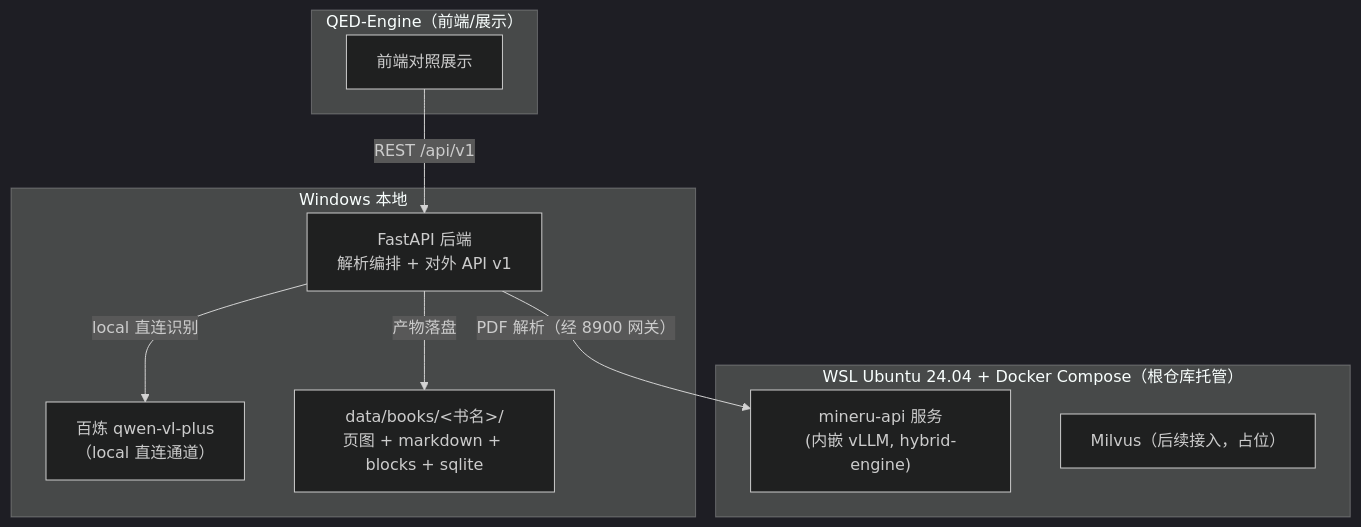
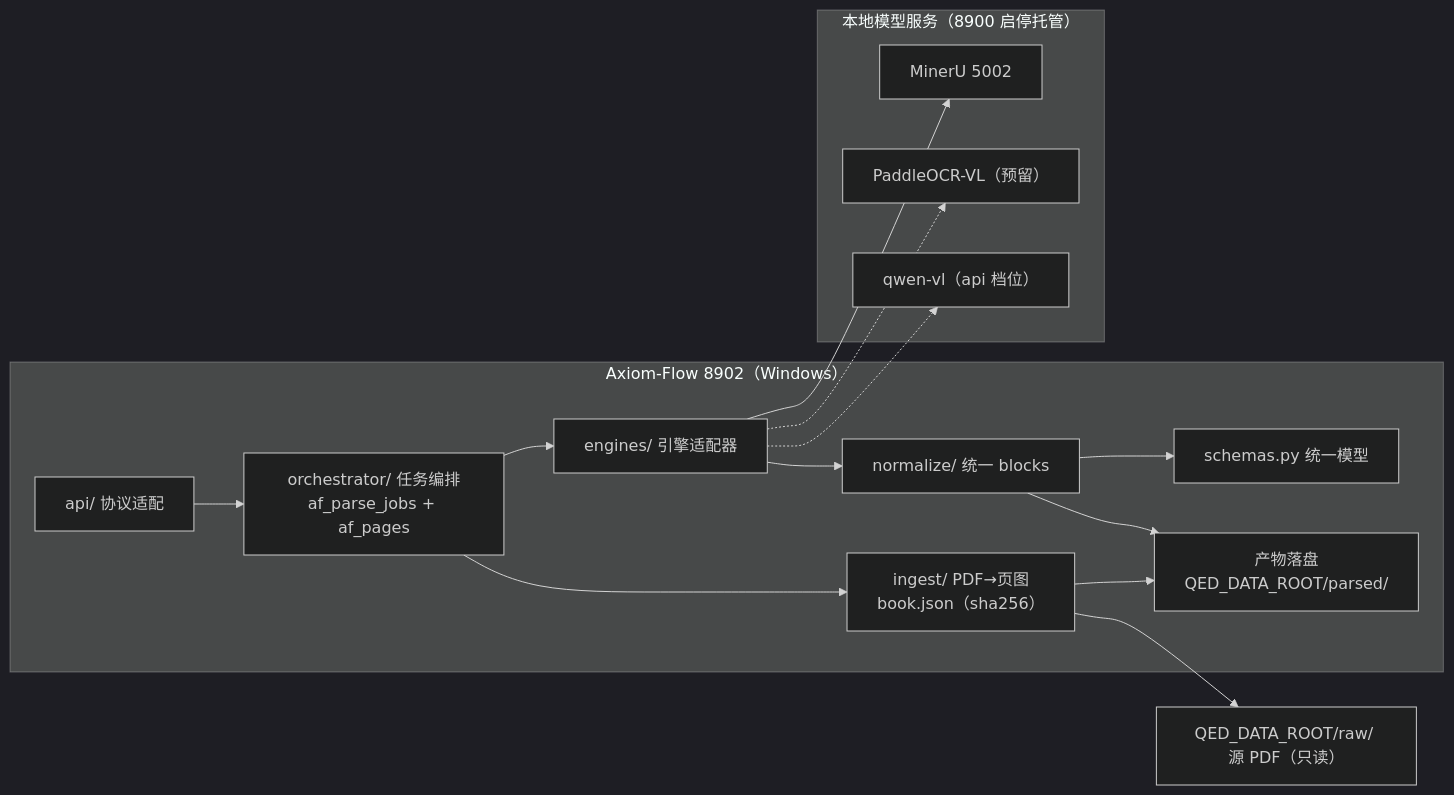
One commit to swfswf1234/Axiom-Flow changed the diagram in docs/design/parsing-pipeline.md. Above: the diagram before and after it, drawn with Mermaid (dark theme). The commit also changed other lines of this file and 27 other files, not shown here.

````diff
--- a/docs/design/parsing-pipeline.md
+++ b/docs/design/parsing-pipeline.md
@@ -37,20 +36,30 @@
 ```mermaid
-flowchart TB
-    subgraph QED["QED-Engine（前端/展示）"]
-        UI["前端对照展示"]
+flowchart LR
+    subgraph WIN["Axiom-Flow 8902（Windows）"]
+        API["api/ 协议适配"]
+        OR["orchestrator/ 任务编排<br/>af_parse_jobs + af_pages"]
+        ING["ingest/ PDF→页图<br/>book.json（sha256）"]
+        ENG["engines/ 引擎适配器"]
+        NRM["normalize/ 统一 blocks"]
+        SCH["schemas.py 统一模型"]
+        ST["产物落盘<br/>QED_DATA_ROOT/parsed/"]
     end
-    subgraph WIN["Windows 本地"]
-        API["FastAPI 后端<br/>解析编排 + 对外 API v1"]
-        QVL["百炼 qwen-vl-plus<br/>（local 直连通道）"]
-        DATA["data/books/&lt;书名&gt;/<br/>页图 + markdown + blocks + sqlite"]
+    subgraph MODELS["本地模型服务（8900 启停托管）"]
+        MRU["MinerU 5002"]
+        PVL["PaddleOCR-VL（预留）"]
+        QVL["qwen-vl（api 档位）"]
     end
-    subgraph WSL["WSL Ubuntu 24.04 + Docker Compose（根仓库托管）"]
-        MA["mineru-api 服务<br/>(内嵌 vLLM, hybrid-engine)"]
-        MV["Milvus（后续接入，占位）"]
-    end
+    RAW["QED_DATA_ROOT/raw/ 源 PDF（只读）"]
 
-    UI -->|"REST /api/v1"| API
-    API -->|"PDF 解析（经 8900 网关）"| MA
-    API -->|"local 直连识别"| QVL
-    API -->|"产物落盘"| DATA
+    API --> OR
+    OR --> ING
+    OR --> ENG
+    ENG --> MRU
+    ENG -.-> PVL
+    ENG -.-> QVL
+    ENG --> NRM
+    NRM --> SCH
+    NRM --> ST
+    ING --> RAW
+    ING --> ST
 ```
````
